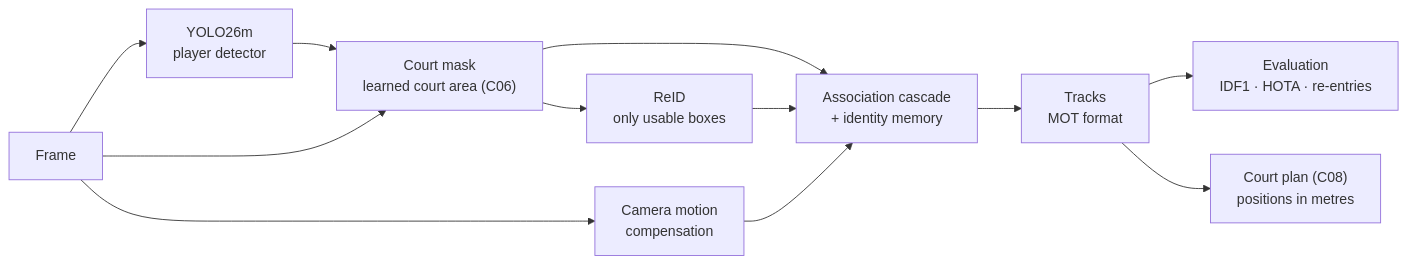
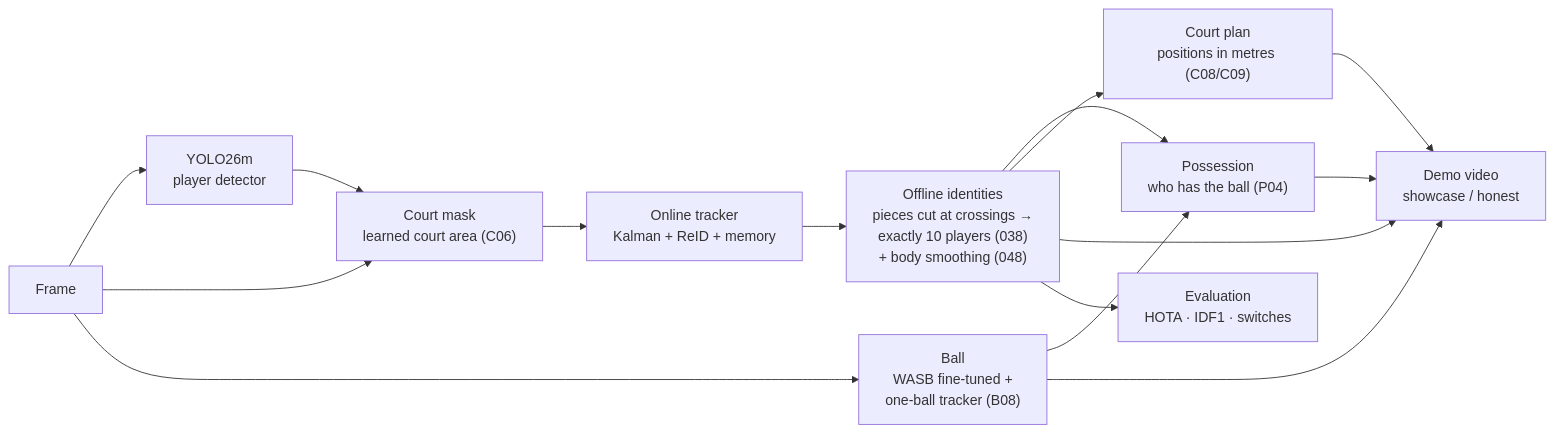
The diagram in README.md (VaroLG/hoop-reid-tracker), drawn with Mermaid before and after one commit. The commit also changed other lines of this file and 11 other files, not shown here.

Commit message:
v1.0: final README (26 s showcase video, side-by-side with boxes, final metrics with false positives and missed players), 047-048 excursion smoothing, honest/showcase render modes, ball tracks export

````diff
--- a/README.md
+++ b/README.md
@@ -391,12 +424,13 @@
 ```mermaid
 flowchart LR
     F["Frame"] --> D["YOLO26m<br/>player detector"]
     D --> C["Court mask<br/>learned court area (C06)"]
     F --> C
-    C --> R["ReID<br/>only usable boxes"]
-    F --> G["Camera motion<br/>compensation"]
-    C & R & G --> T["Association cascade<br/>+ identity memory"]
-    T --> O["Tracks<br/>MOT format"]
-    O --> E["Evaluation<br/>IDF1 · HOTA · re-entries"]
-    O --> M["Court plan (C08)<br/>positions in metres"]
+    C --> T["Online tracker<br/>Kalman + ReID + memory"]
+    T --> S["Offline identities<br/>pieces cut at crossings →<br/>exactly 10 players (038)<br/>+ body smoothing (048)"]
+    F --> B["Ball<br/>WASB fine-tuned +<br/>one-ball tracker (B08)"]
+    S & B --> P["Possession<br/>who has the ball (P04)"]
+    S --> M["Court plan<br/>positions in metres (C08/C09)"]
+    S & B & P & M --> V["Demo video<br/>showcase / honest"]
+    S --> E["Evaluation<br/>HOTA · IDF1 · switches"]
 ```
````
